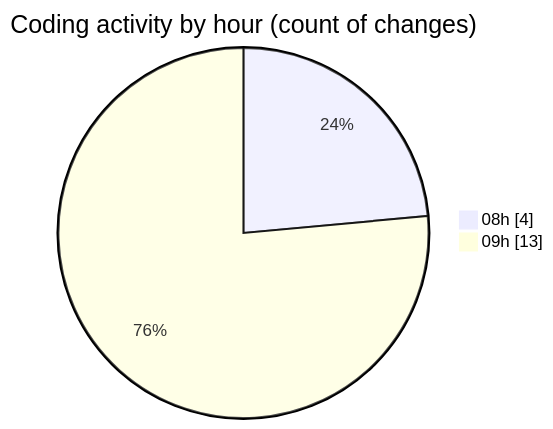
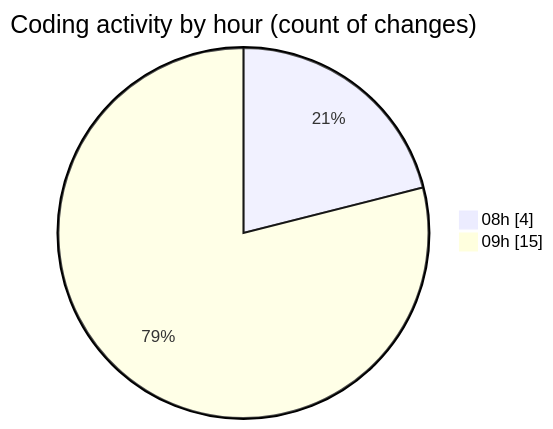
One commit to becaeroporto-bot/code-tracking changed the second of 2 diagrams in 2026-02-19/bot_v1_2/README.md. Above: the diagram before and after it, drawn with Mermaid. The commit also changed other lines of this file and 1 other file, not shown here.

````diff
--- a/2026-02-19/bot_v1_2/README.md
+++ b/2026-02-19/bot_v1_2/README.md
@@ -33,6 +34,6 @@
 ```mermaid
 pie showData
 title Coding activity by hour (count of changes)
 "08h" : 4
-"09h" : 13
+"09h" : 15
 ```
````
